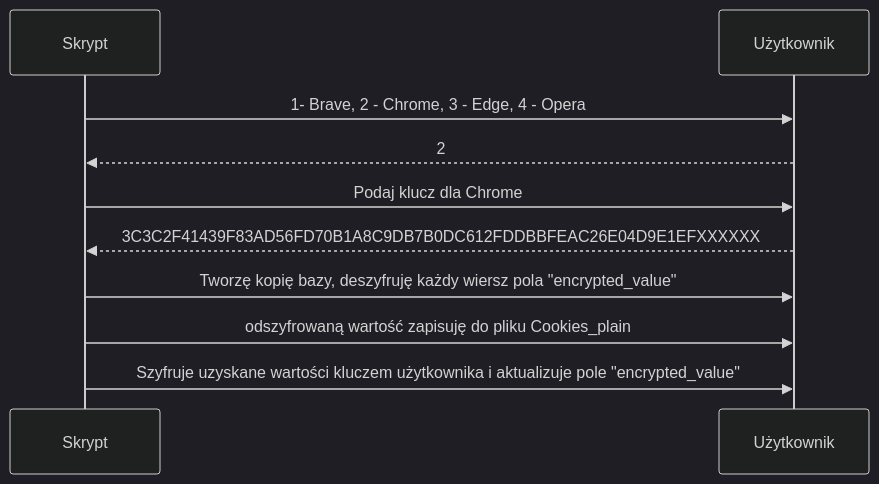
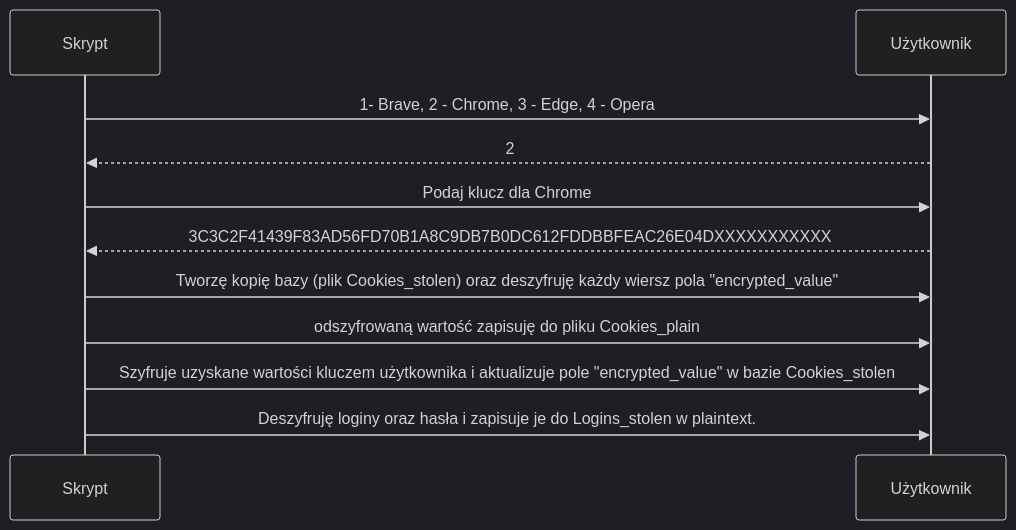
Before and after one commit to unnamed-soldier/extractor: the diagram in README.md, drawn with Mermaid (dark theme). The commit also changed other lines of this file, not shown here.

````diff
--- a/README.md
+++ b/README.md
@@ -171,10 +171,11 @@
 ```mermaid
 sequenceDiagram
 Skrypt->>Użytkownik: 1- Brave, 2 - Chrome, 3 - Edge, 4 - Opera
 Użytkownik-->>Skrypt: 2
 Skrypt->>Użytkownik: Podaj klucz dla Chrome
-Użytkownik-->>Skrypt: 3C3C2F41439F83AD56FD70B1A8C9DB7B0DC612FDDBBFEAC26E04D9E1EFXXXXXX
-Skrypt->>Użytkownik: Tworzę kopię bazy, deszyfruję każdy wiersz pola "encrypted_value"
+Użytkownik-->>Skrypt: 3C3C2F41439F83AD56FD70B1A8C9DB7B0DC612FDDBBFEAC26E04DXXXXXXXXXXX
+Skrypt->>Użytkownik: Tworzę kopię bazy (plik Cookies_stolen) oraz deszyfruję każdy wiersz pola "encrypted_value"
 Skrypt->>Użytkownik: odszyfrowaną wartość zapisuję do pliku Cookies_plain
-Skrypt->>Użytkownik: Szyfruje uzyskane wartości kluczem użytkownika i aktualizuje pole "encrypted_value" 
+Skrypt->>Użytkownik: Szyfruje uzyskane wartości kluczem użytkownika i aktualizuje pole "encrypted_value" w bazie Cookies_stolen
+Skrypt->>Użytkownik: Deszyfruję loginy oraz hasła i zapisuje je do Logins_stolen w plaintext.
 ```
````
